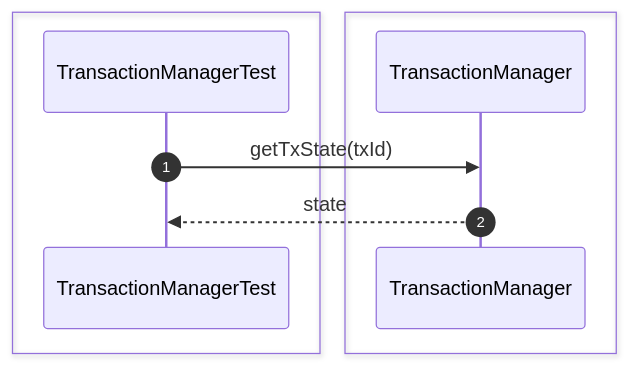
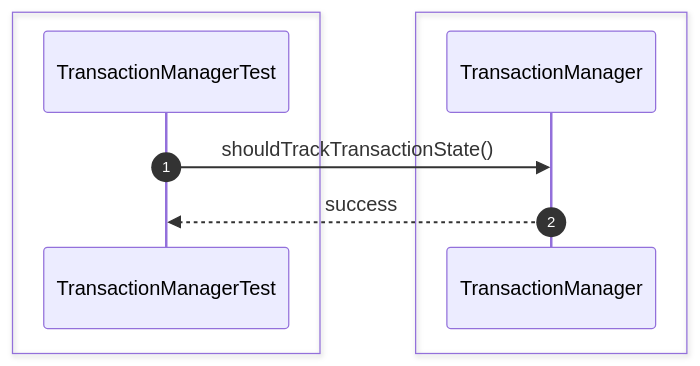
Diagram 11 of 54 in src/sequence/transaction.md (Huy1801214/dbms-architecture), drawn with Mermaid before and after one commit. The commit also changed other lines of this file and 68 other files, not shown here.

Commit message:
implement comprehensive unit test suite and architectural sequence documentation

````diff
--- a/src/sequence/transaction.md
+++ b/src/sequence/transaction.md
@@ -186,14 +156,13 @@
 ```mermaid
 sequenceDiagram
     autonumber
-
     box #e1f5fe Test Suite
     participant Test as TransactionManagerTest
     end
-    box #ffebee Transaction Components
-    participant Manager as TransactionManager
+    box #ffebee TransactionManager Component
+    participant TM as TransactionManager
     end
 
-    Test->>Manager: getTxState(txId)
-    Manager-->>Test: state
+    Test->>TM: shouldTrackTransactionState()
+    TM-->>Test: success
 ```
````
